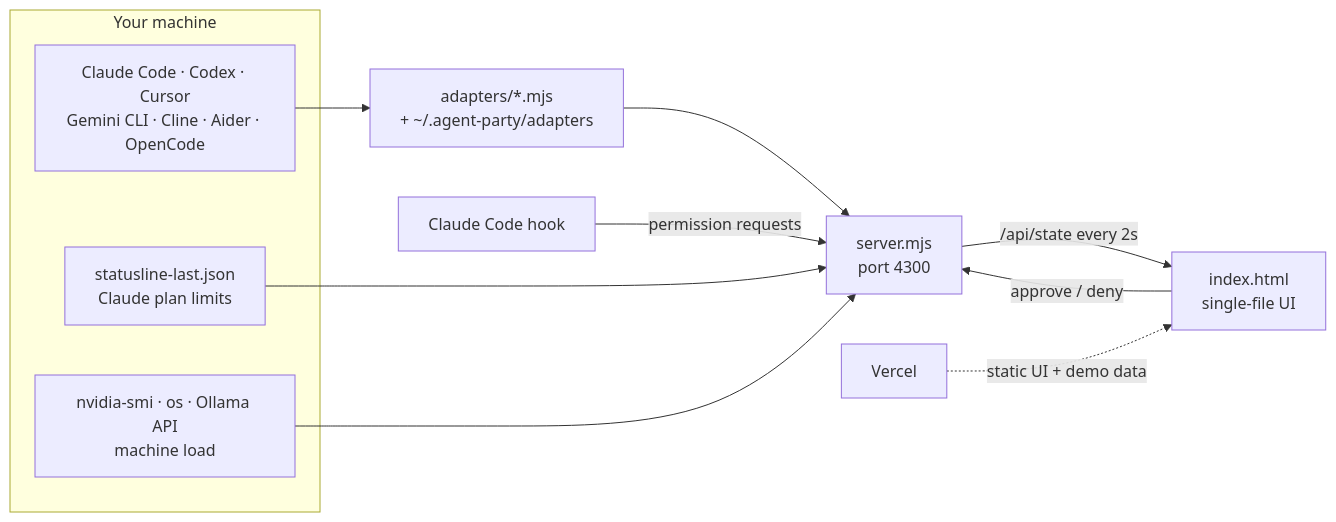
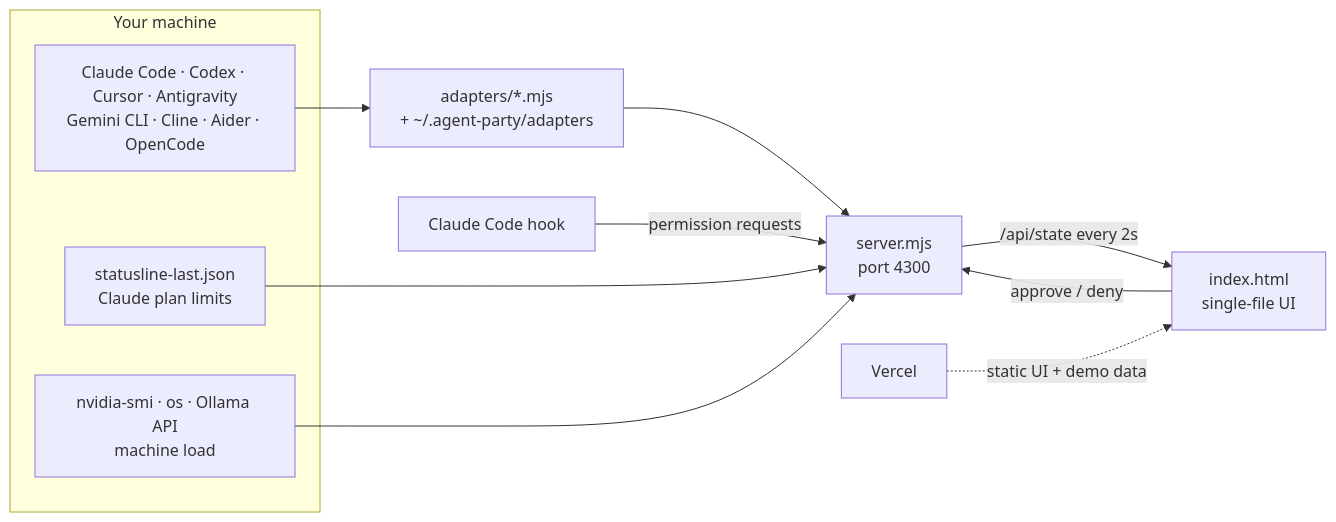
Before and after one commit to jvitorbarros15/agent-dashboard: the diagram in README.md, drawn with Mermaid. The commit also changed other lines of this file and 3 other files, not shown here.

````diff
--- a/README.md
+++ b/README.md
@@ -329,14 +343,14 @@
 ```mermaid
 flowchart LR
     subgraph disk["Your machine"]
-        A["Claude Code · Codex · Cursor<br/>Gemini CLI · Cline · Aider · OpenCode"]
+        A["Claude Code · Codex · Cursor · Antigravity<br/>Gemini CLI · Cline · Aider · OpenCode"]
         D["statusline-last.json<br/>Claude plan limits"]
         E["nvidia-smi · os · Ollama API<br/>machine load"]
     end
     A --> AD["adapters/*.mjs<br/>+ ~/.agent-party/adapters"]
     AD & D & E --> S["server.mjs<br/>port 4300"]
     S -- "/api/state every 2s" --> UI["index.html<br/>single-file UI"]
     V["Vercel"] -. "static UI + demo data" .-> UI
     H["Claude Code hook"] -- "permission requests" --> S
     UI -- "approve / deny" --> S
 ```
````
